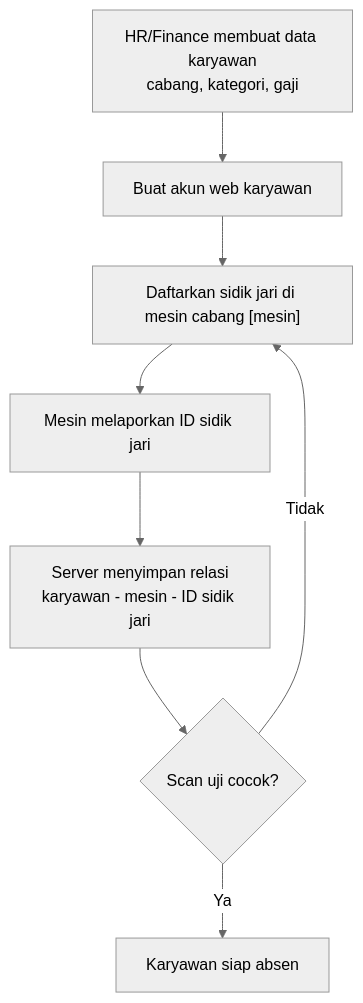
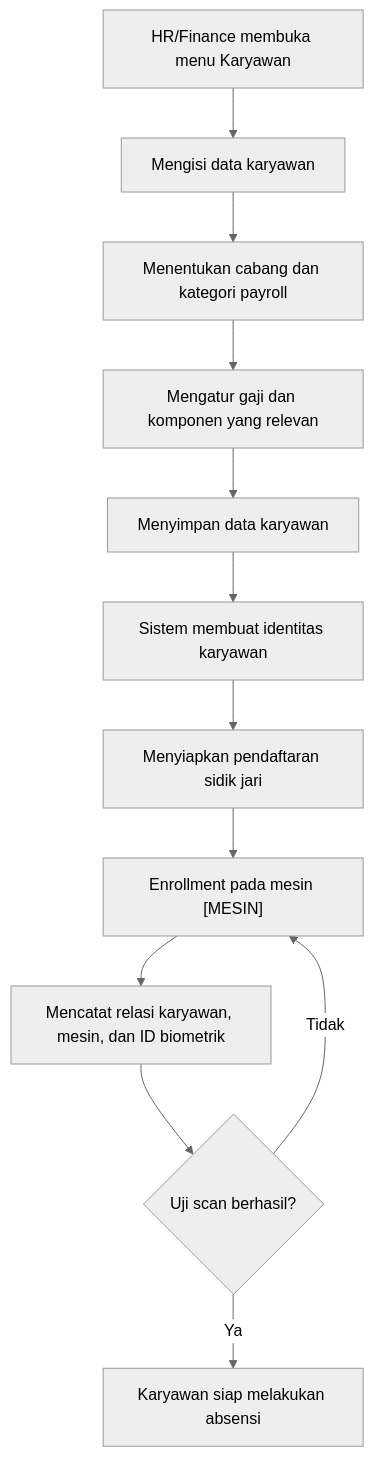
Before and after one commit to nflFauzan/Biometric-Attendence-System: the second of 13 diagrams in docs/alur.md, drawn with Mermaid (neutral theme). The commit also changed other lines of this file, not shown here.

````diff
--- a/docs/alur.md
+++ b/docs/alur.md
@@ -7,10 +63,14 @@
 ```mermaid
 flowchart TD
-  A[HR/Finance membuat data karyawan<br/>cabang, kategori, gaji] --> B[Buat akun web karyawan]
-  B --> C["Daftarkan sidik jari di mesin cabang [mesin]"]
-  C --> D[Mesin melaporkan ID sidik jari]
-  D --> E[Server menyimpan relasi<br/>karyawan - mesin - ID sidik jari]
-  E --> F{Scan uji cocok?}
-  F -- Tidak --> C
-  F -- Ya --> G[Karyawan siap absen]
+    A["HR/Finance membuka menu Karyawan"] --> B["Mengisi data karyawan"]
+    B --> C["Menentukan cabang dan kategori payroll"]
+    C --> D["Mengatur gaji dan komponen yang relevan"]
+    D --> E["Menyimpan data karyawan"]
+    E --> F["Sistem membuat identitas karyawan"]
+    F --> G["Menyiapkan pendaftaran sidik jari"]
+    G --> H["Enrollment pada mesin [MESIN]"]
+    H --> I["Mencatat relasi karyawan, mesin, dan ID biometrik"]
+    I --> J{"Uji scan berhasil?"}
+    J -- "Tidak" --> H
+    J -- "Ya" --> K["Karyawan siap melakukan absensi"]
 ```
````
